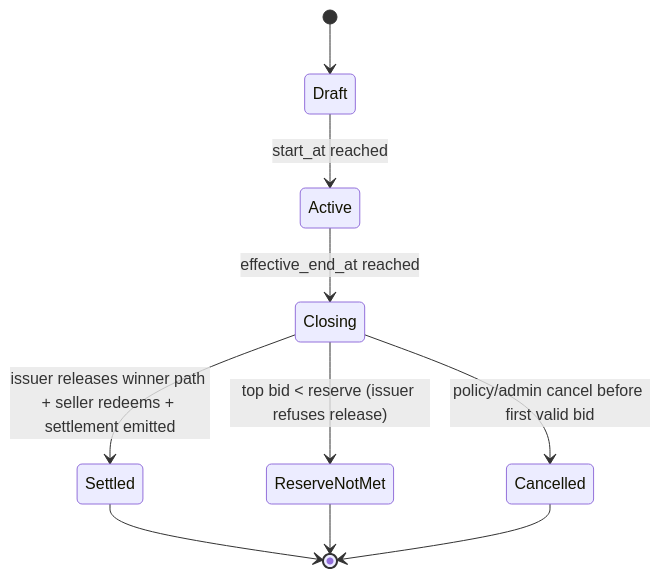
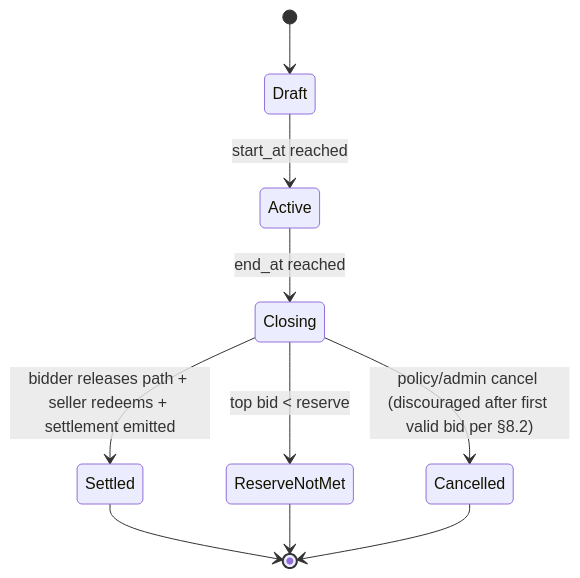
One commit to PlebeianApp/market changed the first of 4 diagrams in AUCTIONS.md. Above: the diagram before and after it, drawn with Mermaid. The commit also changed other lines of this file, not shown here.

````diff
--- a/AUCTIONS.md
+++ b/AUCTIONS.md
@@ -1106,12 +1116,12 @@
 ```mermaid
 stateDiagram-v2
     [*] --> Draft
     Draft --> Active: start_at reached
-    Active --> Closing: effective_end_at reached
-    Closing --> Settled: issuer releases winner path + seller redeems + settlement emitted
-    Closing --> ReserveNotMet: top bid < reserve (issuer refuses release)
-    Closing --> Cancelled: policy/admin cancel before first valid bid
+    Active --> Closing: end_at reached
+    Closing --> Settled: bidder releases path + seller redeems + settlement emitted
+    Closing --> ReserveNotMet: top bid < reserve
+    Closing --> Cancelled: policy/admin cancel (discouraged after first valid bid per §8.2)
     Settled --> [*]
     ReserveNotMet --> [*]
     Cancelled --> [*]
 ```
````
